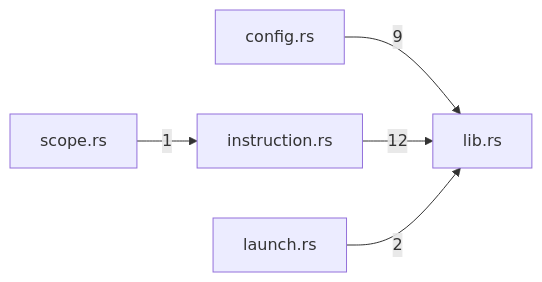
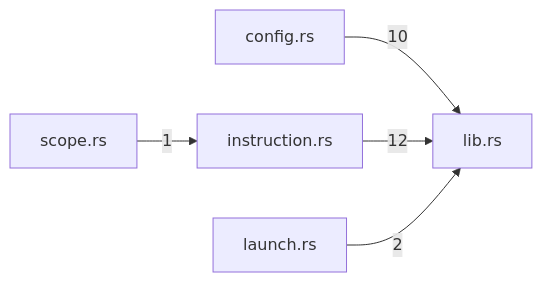
Before and after one commit to TekesApps/TekesKernel: the diagram in crates/profile/docs/generated/index.md, drawn with Mermaid. The commit also changed other lines of this file and 15 other files, not shown here.

````diff
--- a/crates/profile/docs/generated/index.md
+++ b/crates/profile/docs/generated/index.md
@@ -48,12 +50,12 @@
 ```mermaid
 flowchart LR
   m0["config.rs"]
   m1["instruction.rs"]
   m2["launch.rs"]
   m3["lib.rs"]
   m4["scope.rs"]
-  m0 -->|"9"| m3
+  m0 -->|"10"| m3
   m1 -->|"12"| m3
   m2 -->|"2"| m3
   m4 -->|"1"| m1
 ```
````
